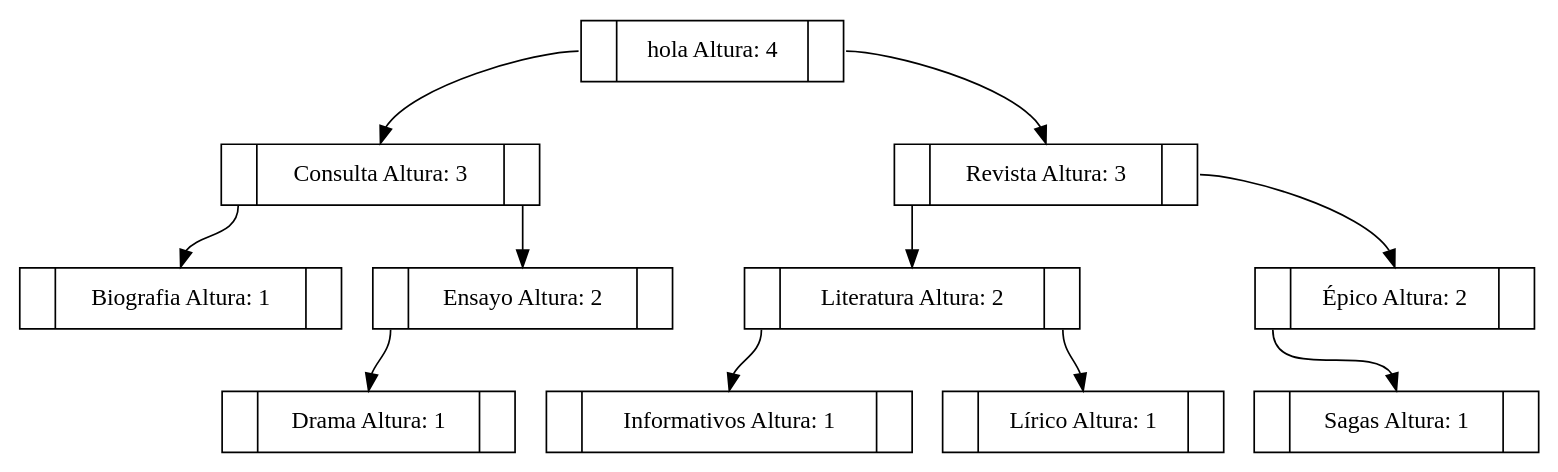
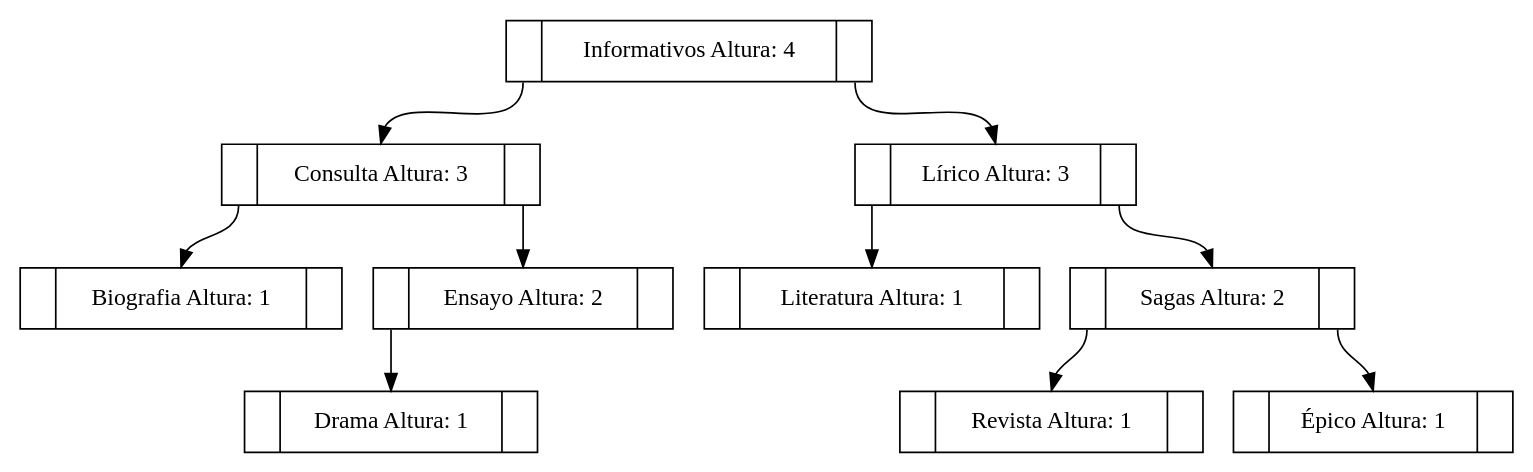
The diagram in USACLibrary/ArbolAVL.dot (ChrisUSAC/EDD_1S2020_PY2_201709272), drawn with Graphviz before and after one commit. The commit also changed 12 other files, not shown here.

```diff
--- a/USACLibrary/ArbolAVL.dot
+++ b/USACLibrary/ArbolAVL.dot
@@ -1,49 +1,45 @@
 digraph G
 {
         node [shape = record];
-nodehola [ label ="<f0> | <f1>hola
+nodeInformativos [ label ="<f0> | <f1>Informativos
  Altura: 4
  | <f2> "];
 nodeConsulta [ label ="<f0> | <f1>Consulta
  Altura: 3
  | <f2> "];
 nodeBiografia [ label ="<f0> | <f1>Biografia
  Altura: 1
  | <f2> "];
 nodeEnsayo [ label ="<f0> | <f1>Ensayo
  Altura: 2
  | <f2> "];
 nodeDrama [ label ="<f0> | <f1>Drama
  Altura: 1
  | <f2> "];
-nodeRevista [ label ="<f0> | <f1>Revista
+nodeLírico [ label ="<f0> | <f1>Lírico
  Altura: 3
  | <f2> "];
 nodeLiteratura [ label ="<f0> | <f1>Literatura
+ Altura: 1
+ | <f2> "];
+nodeSagas [ label ="<f0> | <f1>Sagas
  Altura: 2
  | <f2> "];
-nodeInformativos [ label ="<f0> | <f1>Informativos
- Altura: 1
- | <f2> "];
-nodeLírico [ label ="<f0> | <f1>Lírico
+nodeRevista [ label ="<f0> | <f1>Revista
  Altura: 1
  | <f2> "];
 nodeÉpico [ label ="<f0> | <f1>Épico
- Altura: 2
- | <f2> "];
-nodeSagas [ label ="<f0> | <f1>Sagas
  Altura: 1
  | <f2> "];
 
-"nodehola":f0 -> "nodeConsulta":f1;
-"nodehola":f2 -> "nodeRevista":f1;
+"nodeInformativos":f0 -> "nodeConsulta":f1;
+"nodeInformativos":f2 -> "nodeLírico":f1;
 "nodeConsulta":f0 -> "nodeBiografia":f1;
 "nodeConsulta":f2 -> "nodeEnsayo":f1;
 "nodeEnsayo":f0 -> "nodeDrama":f1;
-"nodeRevista":f0 -> "nodeLiteratura":f1;
-"nodeRevista":f2 -> "nodeÉpico":f1;
-"nodeLiteratura":f0 -> "nodeInformativos":f1;
-"nodeLiteratura":f2 -> "nodeLírico":f1;
-"nodeÉpico":f0 -> "nodeSagas":f1;
+"nodeLírico":f0 -> "nodeLiteratura":f1;
+"nodeLírico":f2 -> "nodeSagas":f1;
+"nodeSagas":f0 -> "nodeRevista":f1;
+"nodeSagas":f2 -> "nodeÉpico":f1;
 
 }
```
